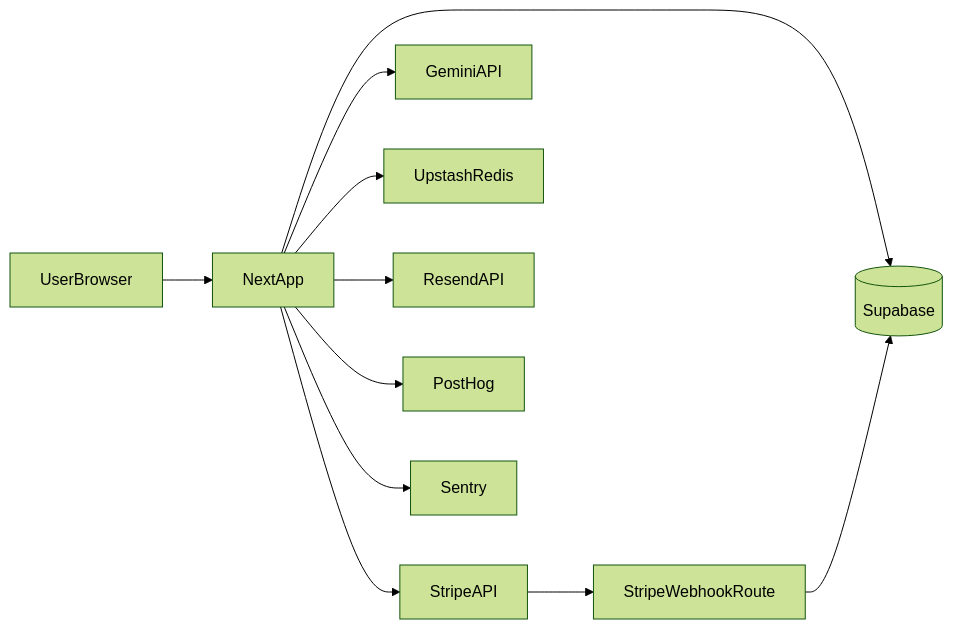
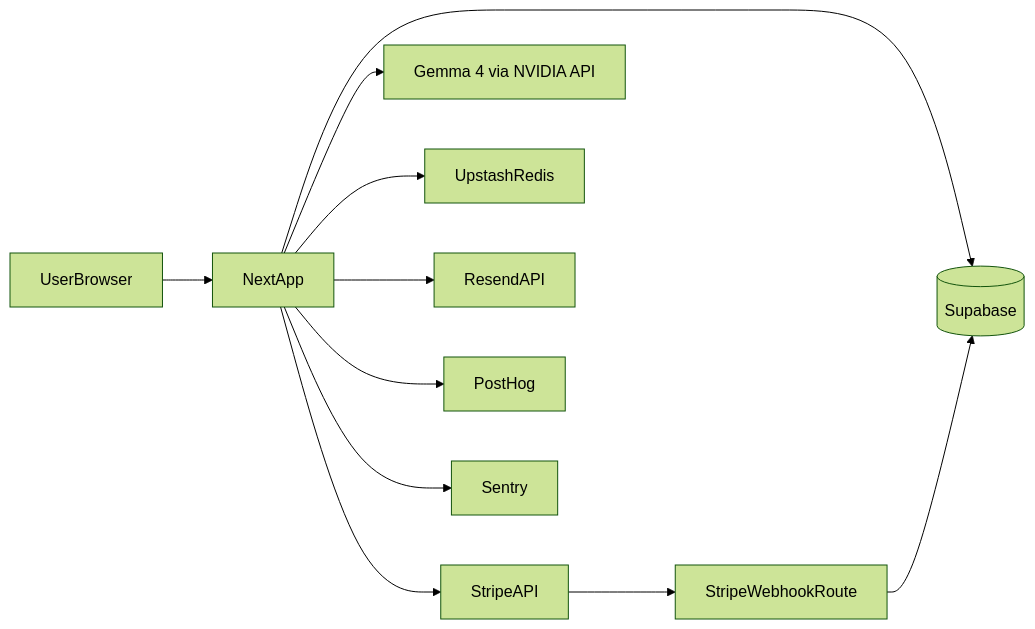
One commit to adarsh25-dev/nextjs-supabase-ai-saas-starter changed the diagram in README.md. Above: the diagram before and after it, drawn with Mermaid (forest theme). The commit also changed other lines of this file and 24 other files, not shown here.

Commit message:
Refactor AI integration to replace Gemini with NVIDIA's Gemma 4, update environment variables in .env.example, and modify README for clarity on AI model usage. Update package dependencies to include @ai-sdk/openai and enhance chat components with improved error handling and user experience.

````diff
--- a/README.md
+++ b/README.md
@@ -79,13 +85,13 @@
 ```mermaid
 flowchart LR
   user[UserBrowser] --> nextApp[NextApp]
   nextApp --> supabase[(Supabase)]
   nextApp --> stripe[StripeAPI]
-  nextApp --> gemini[GeminiAPI]
+  nextApp --> gemma4[Gemma 4 via NVIDIA API]
   nextApp --> upstash[UpstashRedis]
   nextApp --> resend[ResendAPI]
   nextApp --> posthog[PostHog]
   nextApp --> sentry[Sentry]
   stripe --> webhook[StripeWebhookRoute]
   webhook --> supabase
 ```
````
